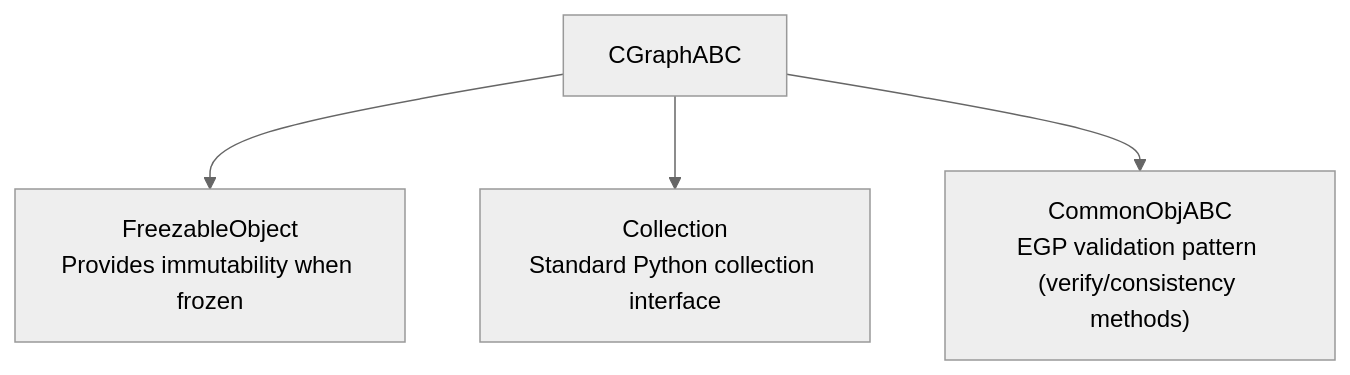
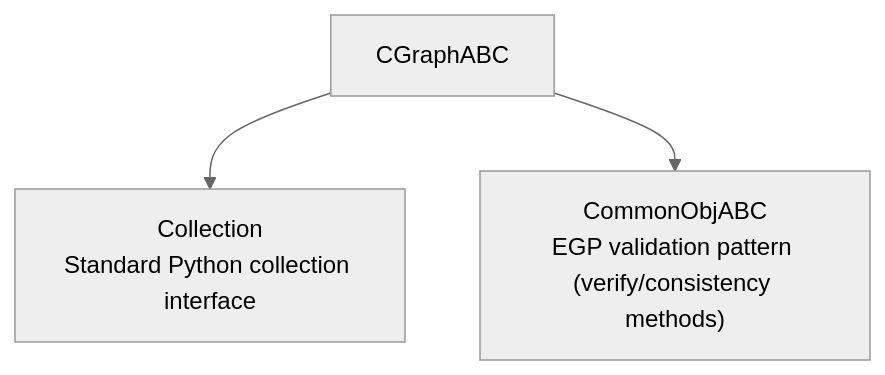
Before and after one commit to Shapedsundew9/erasmus-gp: the diagram in egppy/docs/c_graph_abc.md, drawn with Mermaid (neutral theme). The commit also changed other lines of this file and 10 other files, not shown here.

First line of the commit message:
Refactor ObjectDeduplicator and FreezableObject Usage

````diff
--- a/egppy/docs/c_graph_abc.md
+++ b/egppy/docs/c_graph_abc.md
@@ -18,11 +18,9 @@
 ```mermaid
 flowchart TB
     CGraphABC["CGraphABC"]
-    Freezable["FreezableObject\nProvides immutability when frozen"]
     Collection["Collection\nStandard Python collection interface"]
     CommonObj["CommonObjABC\nEGP validation pattern (verify/consistency methods)"]
 
-    CGraphABC --> Freezable
     CGraphABC --> Collection
     CGraphABC --> CommonObj
 ```
````
